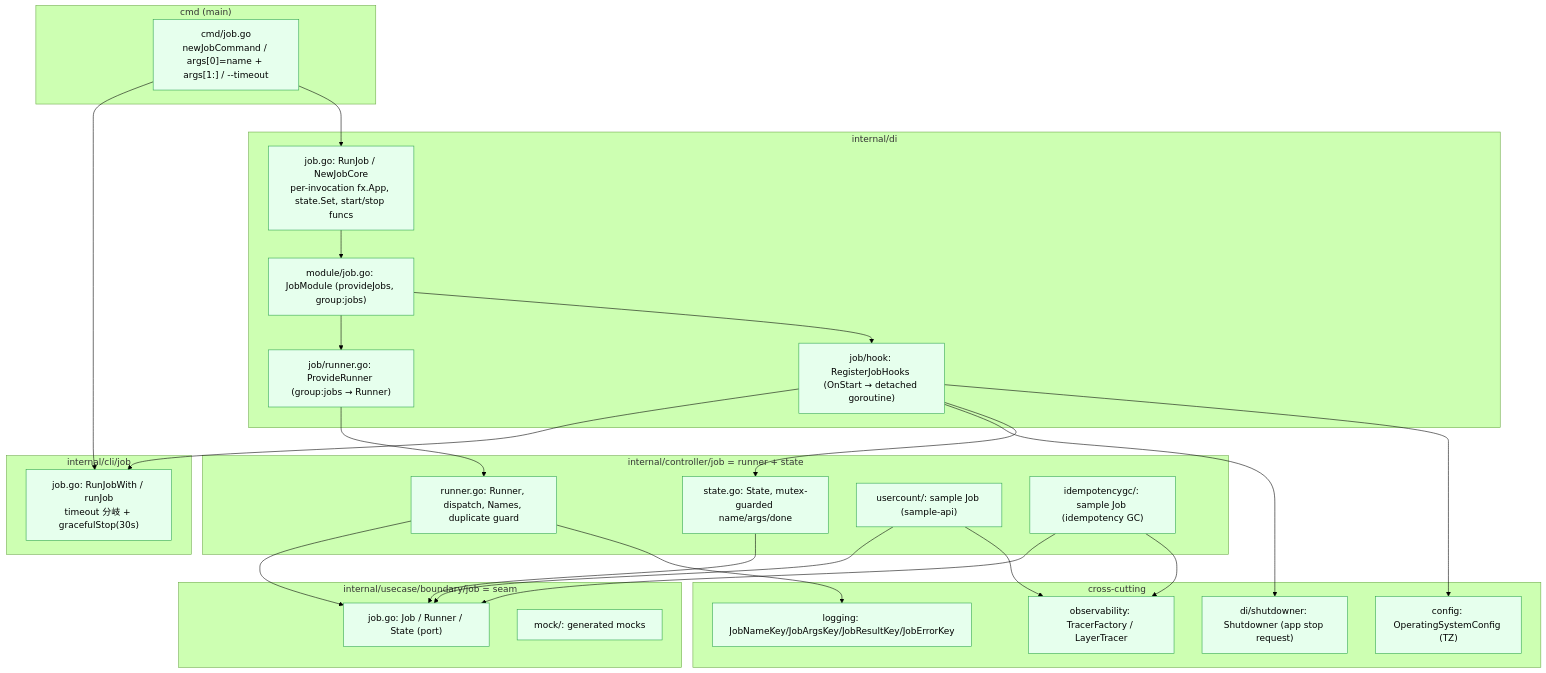
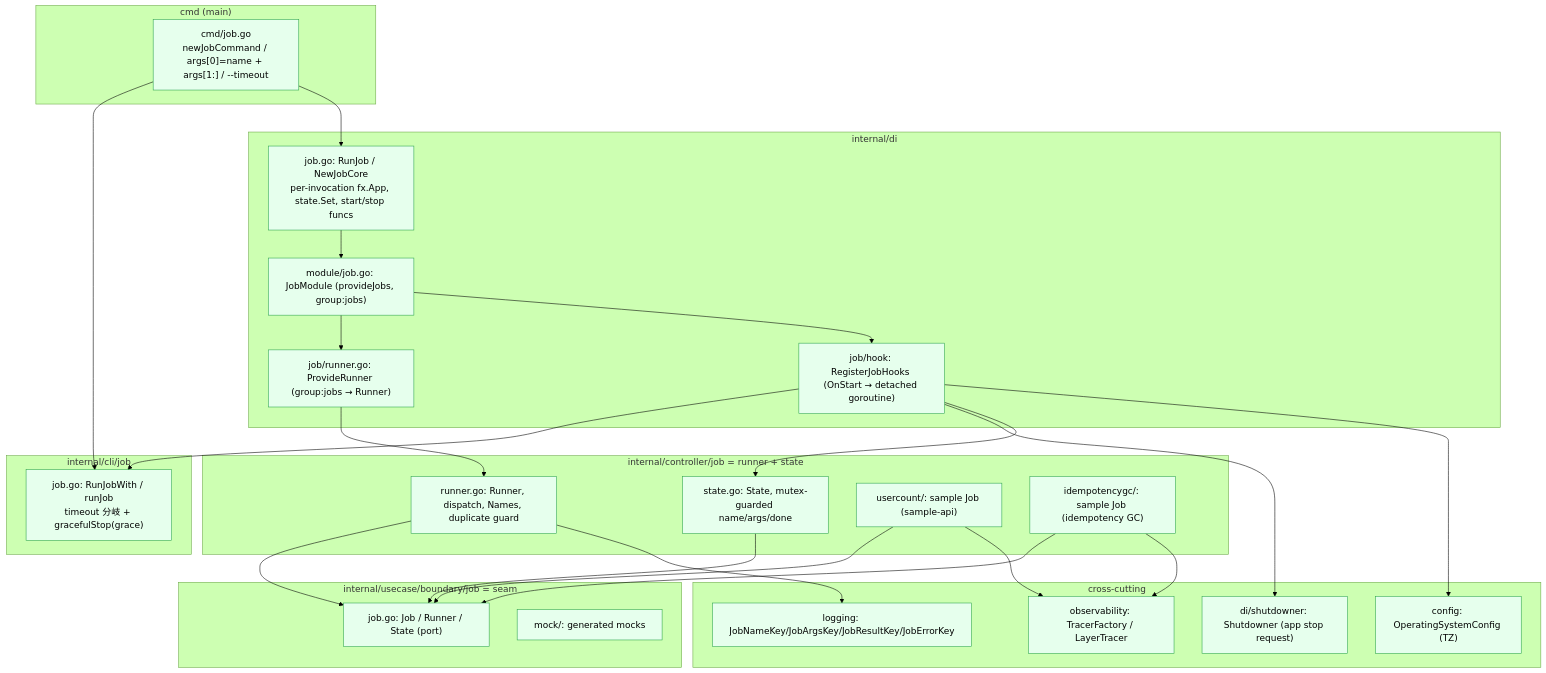
The fourth of 6 diagrams in docs/design/job.md (Tomy-ch/go-boilerplate), drawn with Mermaid (forest theme) before and after one commit. The commit also changed other lines of this file and 21 other files, not shown here.

````diff
--- a/docs/design/job.md
+++ b/docs/design/job.md
@@ -94,52 +94,52 @@
 ```mermaid
 flowchart TD
     subgraph cmdL["cmd (main)"]
         CMD["cmd/job.go<br/>newJobCommand / args[0]=name + args[1:] / --timeout"]
     end
     subgraph cliL["internal/cli/job"]
-        CLI["job.go: RunJobWith / runJob<br/>timeout 分岐 + gracefulStop(30s)"]
+        CLI["job.go: RunJobWith / runJob<br/>timeout 分岐 + gracefulStop(grace)"]
     end
     subgraph diL["internal/di"]
         DIJ["job.go: RunJob / NewJobCore<br/>per-invocation fx.App, state.Set, start/stop funcs"]
         DIR["job/runner.go: ProvideRunner (group:jobs → Runner)"]
         DIH["job/hook: RegisterJobHooks (OnStart → detached goroutine)"]
         DIM["module/job.go: JobModule (provideJobs, group:jobs)"]
     end
     subgraph ctrlL["internal/controller/job  = runner + state"]
         RUN["runner.go: Runner, dispatch, Names, duplicate guard"]
         STATE["state.go: State, mutex-guarded name/args/done"]
         UC["usercount/: sample Job (sample-api)"]
         GC["idempotencygc/: sample Job (idempotency GC)"]
     end
     subgraph seamL["internal/usecase/boundary/job  = seam"]
         PORT["job.go: Job / Runner / State (port)"]
         MOCK["mock/: generated mocks"]
     end
     subgraph crossL["cross-cutting"]
         SD["di/shutdowner: Shutdowner (app stop request)"]
         CFG["config: OperatingSystemConfig (TZ)"]
         LOG["logging: JobNameKey/JobArgsKey/JobResultKey/JobErrorKey"]
         OTEL["observability: TracerFactory / LayerTracer"]
     end
 
     CMD --> CLI
     CMD --> DIJ
     DIJ --> DIM
     DIM --> DIR
     DIM --> DIH
     DIH --> CLI
     DIR --> RUN
     RUN --> PORT
     STATE --> PORT
     UC --> PORT
     GC --> PORT
     DIH --> SD
     DIH --> STATE
     RUN --> LOG
     UC --> OTEL
     GC --> OTEL
     DIH --> CFG
 
     classDef done fill:#e6ffed,stroke:#2da44e;
     class CMD,CLI,DIJ,DIR,DIH,DIM,RUN,STATE,UC,GC,PORT,MOCK,SD,CFG,LOG,OTEL done;
 ```
````
